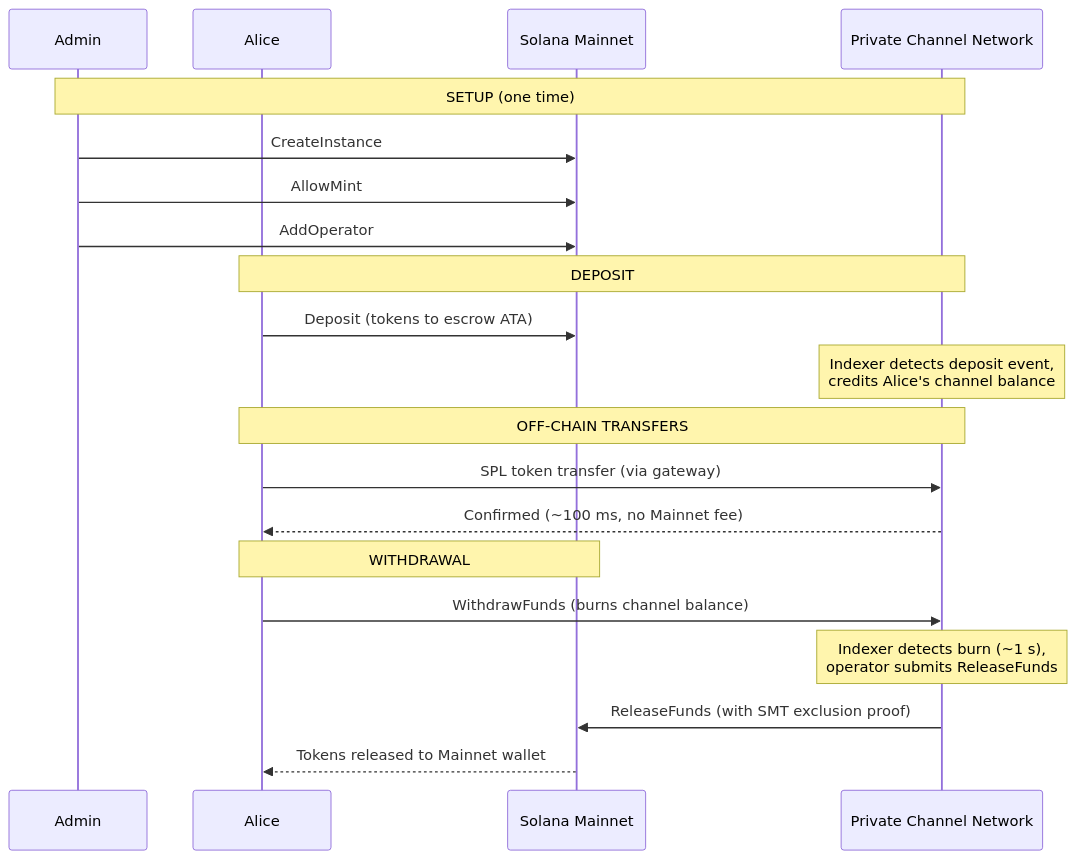
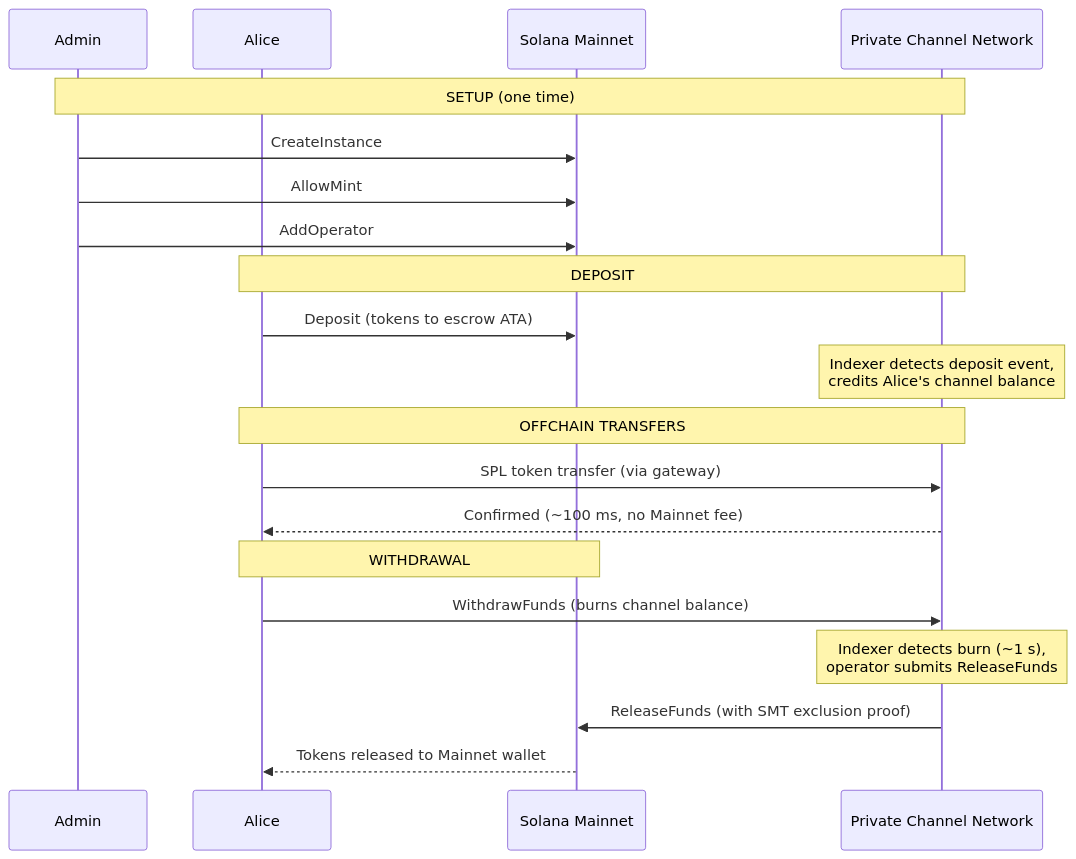
The first of 3 diagrams in apps/docs/content/docs/en/tools/private-channels/concepts/channels.mdx (solana-foundation/solana-com), drawn with Mermaid before and after one commit. The commit also changed other lines of this file and 13298 other files, not shown here.

````diff
--- a/apps/docs/content/docs/en/tools/private-channels/concepts/channels.mdx
+++ b/apps/docs/content/docs/en/tools/private-channels/concepts/channels.mdx
@@ -54,26 +63,26 @@
 ```mermaid
 sequenceDiagram
     participant Admin
     participant Alice
     participant Mainnet as Solana Mainnet
     participant Channel as Private Channel Network
 
     Note over Admin,Channel: SETUP (one time)
     Admin->>Mainnet: CreateInstance
     Admin->>Mainnet: AllowMint
     Admin->>Mainnet: AddOperator
 
     Note over Alice,Channel: DEPOSIT
     Alice->>Mainnet: Deposit (tokens to escrow ATA)
     Note over Channel: Indexer detects deposit event,<br/>credits Alice's channel balance
 
-    Note over Alice,Channel: OFF-CHAIN TRANSFERS
+    Note over Alice,Channel: OFFCHAIN TRANSFERS
     Alice->>Channel: SPL token transfer (via gateway)
     Channel-->>Alice: Confirmed (~100 ms, no Mainnet fee)
 
     Note over Alice,Mainnet: WITHDRAWAL
     Alice->>Channel: WithdrawFunds (burns channel balance)
     Note over Channel: Indexer detects burn (~1 s),<br/>operator submits ReleaseFunds
     Channel->>Mainnet: ReleaseFunds (with SMT exclusion proof)
     Mainnet-->>Alice: Tokens released to Mainnet wallet
 ```
````
